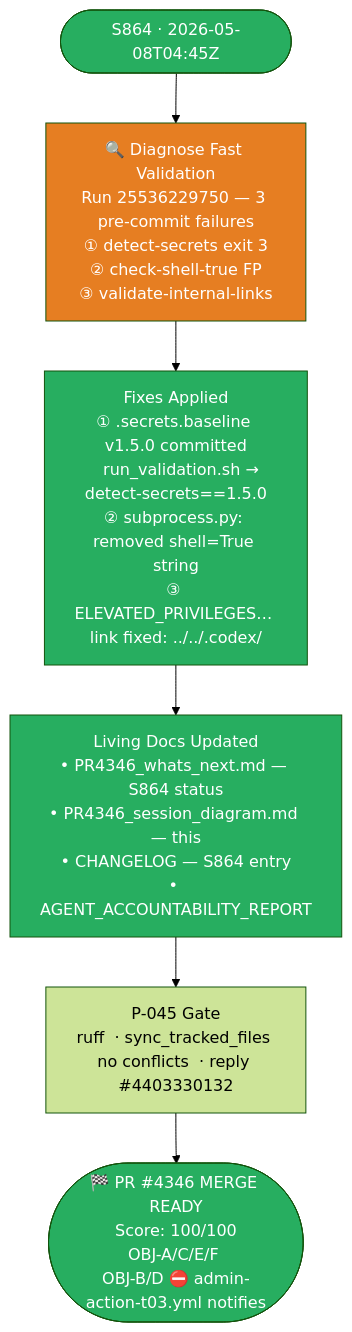
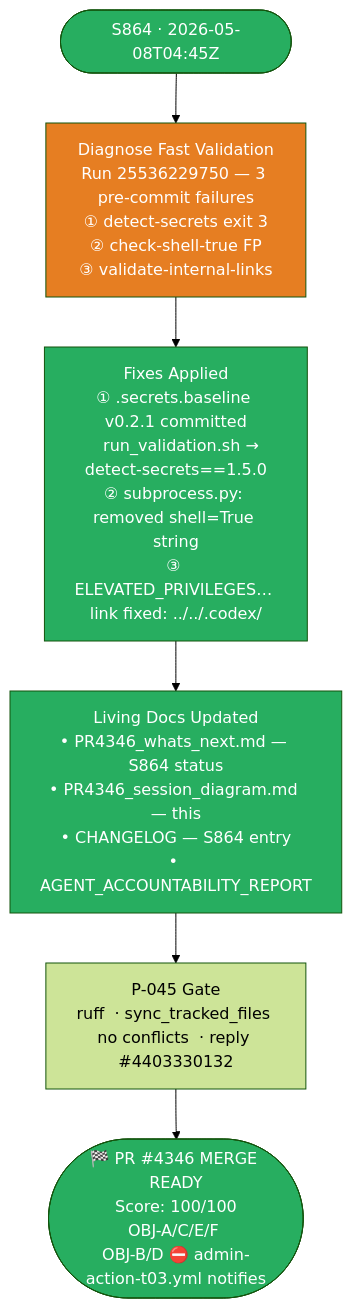
The first of 26 diagrams in docs/sessions/PR4346_session_diagram.md (Aries-Serpent/_codex_), drawn with Mermaid (forest theme) before and after one commit. The commit also changed other lines of this file and 1989 other files, not shown here.

````diff
--- a/docs/sessions/PR4346_session_diagram.md
+++ b/docs/sessions/PR4346_session_diagram.md
@@ -14,21 +14,21 @@
 ```mermaid
-%%{init: {'accessibility': {'title': 'Flowchart showing " S864 · 2026-05-08T04:45Z", "🔍 Diagnose Fast Validation\nRun 25536229750 — 3 pre-commit failures\n① detect-secrets exit 3\n② check-shell-true FP\n③ validate-internal-links"'}}%%
+%%{init: {'accessibility': {'title': 'Flowchart showing " S864 · 2026-05-08T04:45Z", " Diagnose Fast Validation\nRun 25536229750 — 3 pre-commit failures\n① detect-secrets exit 3\n② check-shell-true FP\n③ validate-internal-links"'}}%%
 flowchart TD
     START([" S864 · 2026-05-08T04:45Z"]) --> DIAG
 
-    DIAG["🔍 Diagnose Fast Validation\nRun 25536229750 — 3 pre-commit failures\n① detect-secrets exit 3\n② check-shell-true FP\n③ validate-internal-links"] --> FIX
+    DIAG[" Diagnose Fast Validation\nRun 25536229750 — 3 pre-commit failures\n① detect-secrets exit 3\n② check-shell-true FP\n③ validate-internal-links"] --> FIX
 
-    FIX[" Fixes Applied\n① .secrets.baseline v1.5.0 committed\n   run_validation.sh → detect-secrets==1.5.0\n② subprocess.py: removed shell=True string\n③ ELEVATED_PRIVILEGES… link fixed: ../../.codex/"] --> DOCS
+    FIX[" Fixes Applied\n① .secrets.baseline v0.2.1 committed\n   run_validation.sh → detect-secrets==1.5.0\n② subprocess.py: removed shell=True string\n③ ELEVATED_PRIVILEGES… link fixed: ../../.codex/"] --> DOCS
 
     DOCS[" Living Docs Updated\n• PR4346_whats_next.md — S864 status\n• PR4346_session_diagram.md — this\n• CHANGELOG — S864 entry\n• AGENT_ACCOUNTABILITY_REPORT"] --> GATE
 
     GATE[" P-045 Gate\nruff  · sync_tracked_files \nno conflicts  · reply #4403330132"] --> END
 
     END(["🏁 PR #4346 MERGE READY\nScore: 100/100\nOBJ-A/C/E/F \nOBJ-B/D ⛔ admin-action-t03.yml notifies"])
 
     style START fill:#27ae60,color:#fff
     style END fill:#27ae60,color:#fff
     style DIAG fill:#e67e22,color:#fff
     style FIX fill:#27ae60,color:#fff
     style DOCS fill:#27ae60,color:#fff
 ```
````
